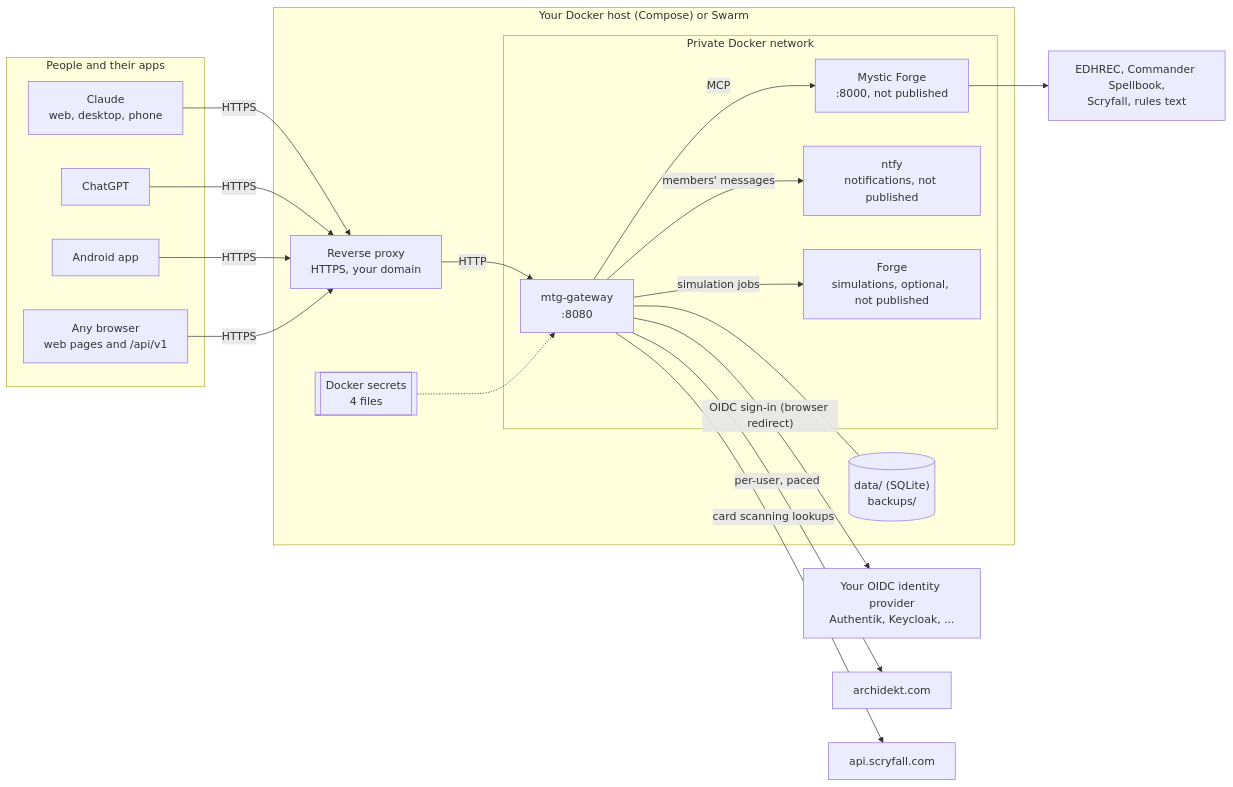
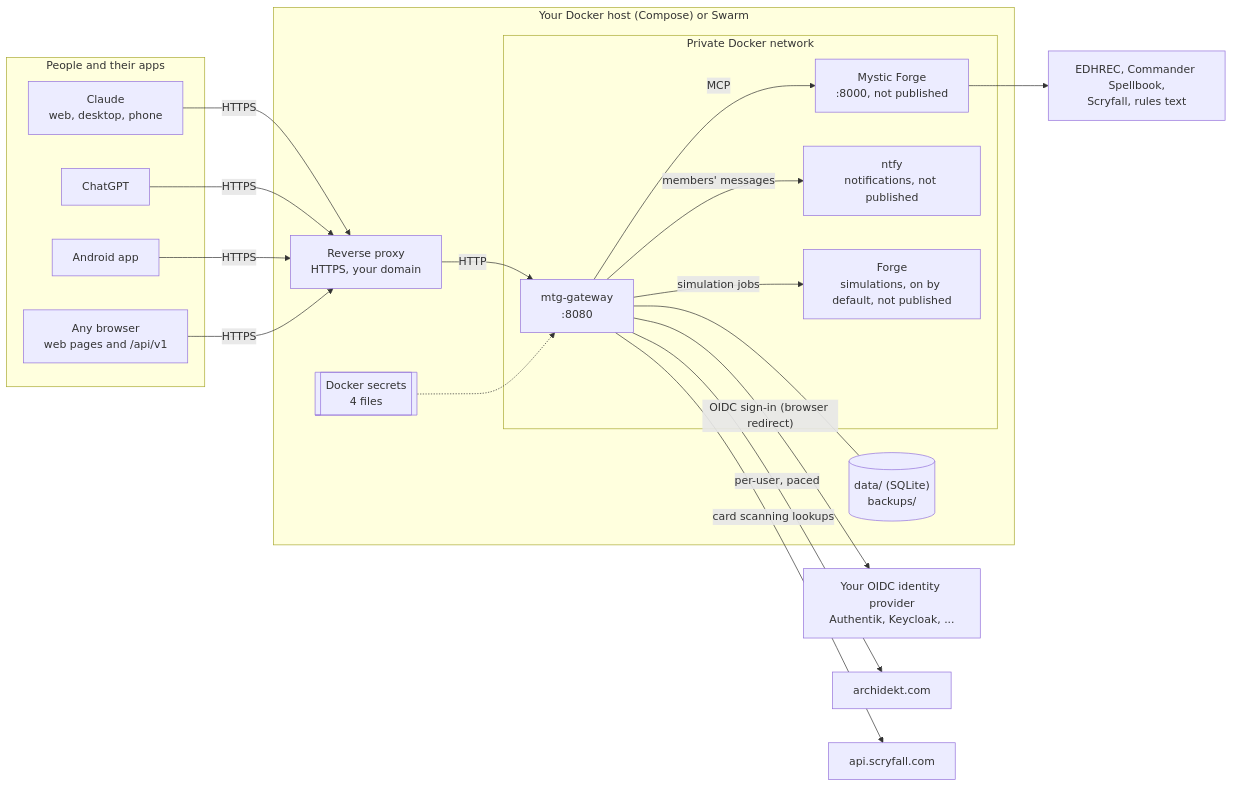
Before and after one commit to TheUncleBen/MTG-Assistant-Gateway: the first of 2 diagrams in docs/ARCHITECTURE.md, drawn with Mermaid. The commit also changed other lines of this file and 10 other files, not shown here.

````diff
--- a/docs/ARCHITECTURE.md
+++ b/docs/ARCHITECTURE.md
@@ -8,38 +8,38 @@
 ```mermaid
 flowchart LR
   subgraph clients["People and their apps"]
     claude["Claude<br/>web, desktop, phone"]
     chatgpt["ChatGPT"]
     android["Android app"]
     browser["Any browser<br/>web pages and /api/v1"]
   end
 
   subgraph host["Your Docker host (Compose) or Swarm"]
     proxy["Reverse proxy<br/>HTTPS, your domain"]
     subgraph net["Private Docker network"]
       gw["mtg-gateway<br/>:8080"]
       mf["Mystic Forge<br/>:8000, not published"]
       ntfy["ntfy<br/>notifications, not published"]
-      forge["Forge<br/>simulations, optional, not published"]
+      forge["Forge<br/>simulations, on by default, not published"]
     end
     data[("data/ (SQLite)<br/>backups/")]
     secrets[["Docker secrets<br/>4 files"]]
   end
 
   idp["Your OIDC identity provider<br/>Authentik, Keycloak, ..."]
   archidekt["archidekt.com"]
   scryfall["api.scryfall.com"]
   upstream["EDHREC, Commander Spellbook,<br/>Scryfall, rules text"]
 
   claude & chatgpt & android & browser -- HTTPS --> proxy
   proxy -- HTTP --> gw
   gw -- MCP --> mf
   gw -- "members' messages" --> ntfy
   gw -- "simulation jobs" --> forge
   gw --- data
   secrets -.-> gw
   gw -- "OIDC sign-in (browser redirect)" --> idp
   gw -- "per-user, paced" --> archidekt
   gw -- "card scanning lookups" --> scryfall
   mf --> upstream
 ```
````
